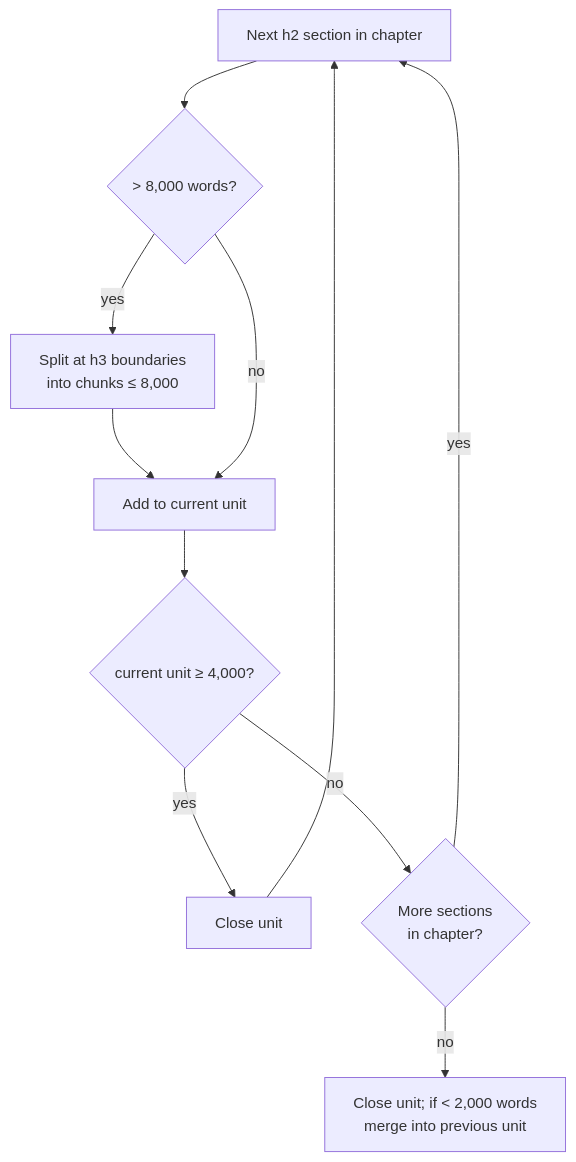
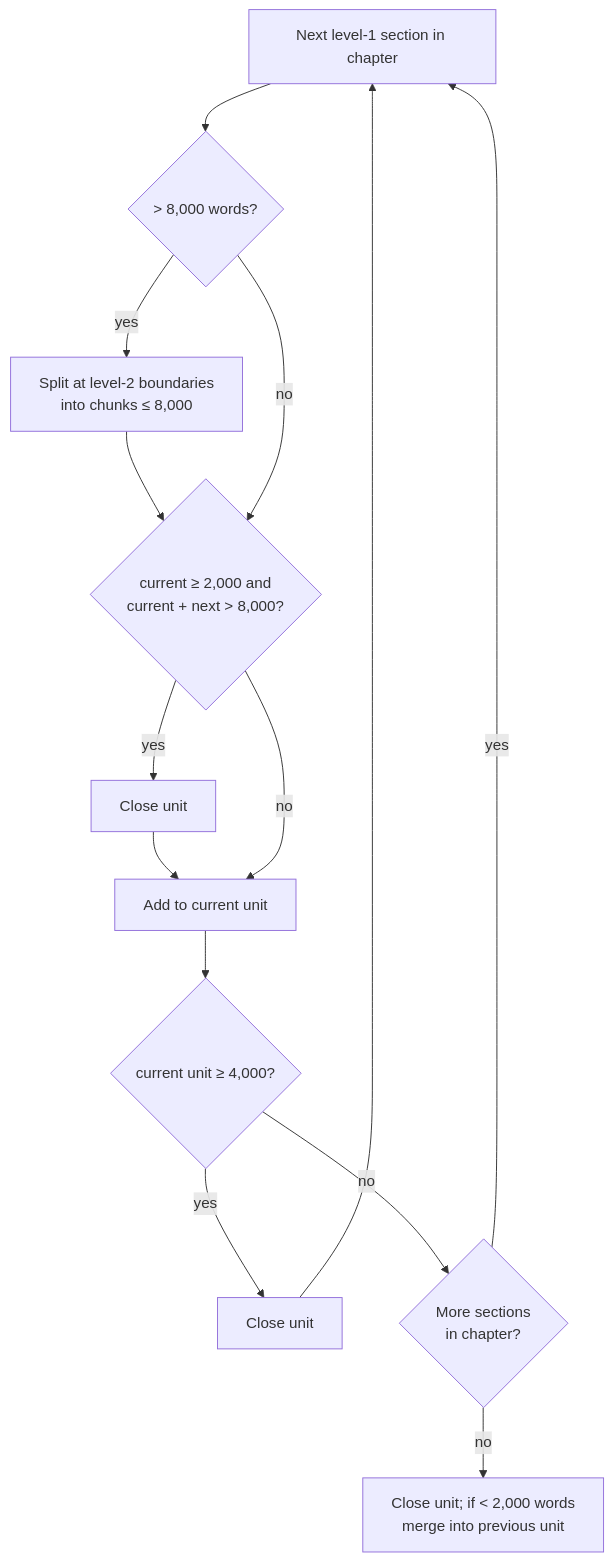
One commit to paulnopaul/ddia-assist changed the second of 2 diagrams in docs/spec/01-ingest.md. Above: the diagram before and after it, drawn with Mermaid. The commit also changed other lines of this file and 28 other files, not shown here.

````diff
--- a/docs/spec/01-ingest.md
+++ b/docs/spec/01-ingest.md
@@ -35,11 +37,13 @@
 ```mermaid
 flowchart TD
-    S[Next h2 section in chapter] --> Big{"> 8,000 words?"}
-    Big -- yes --> Split[Split at h3 boundaries<br/>into chunks ≤ 8,000] --> Acc
-    Big -- no --> Acc[Add to current unit]
+    S[Next level-1 section in chapter] --> Big{"> 8,000 words?"}
+    Big -- yes --> Split[Split at level-2 boundaries<br/>into chunks ≤ 8,000] --> Over
+    Big -- no --> Over{"current ≥ 2,000 and<br/>current + next > 8,000?"}
+    Over -- yes --> CloseEarly[Close unit] --> Acc
+    Over -- no --> Acc[Add to current unit]
     Acc --> Enough{"current unit ≥ 4,000?"}
     Enough -- yes --> Close[Close unit] --> S
     Enough -- no --> More{More sections<br/>in chapter?}
     More -- yes --> S
     More -- no --> Tail[Close unit; if < 2,000 words<br/>merge into previous unit]
 ```
````
